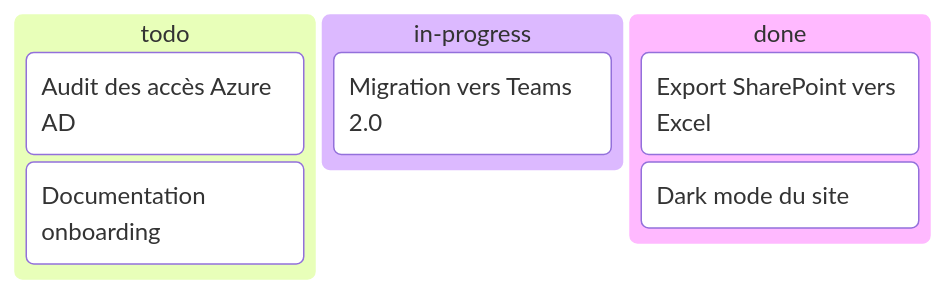
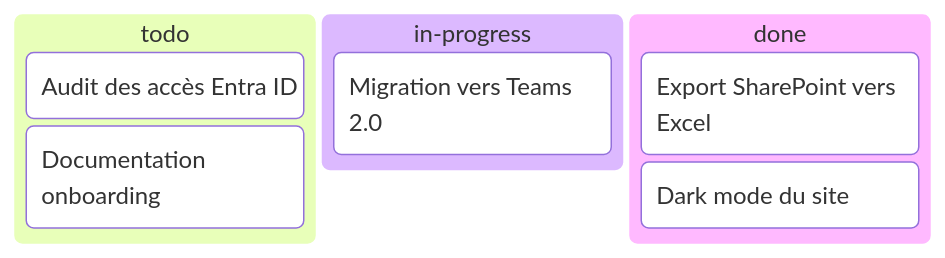
The eighth of 11 diagrams in _posts/2026-04-04-presentation-mermaid.md (Arnaud-Ferriere/SurLesNuages), drawn with Mermaid before and after one commit. The commit also changed other lines of this file, not shown here.

First line of the commit message:
Article: 2026-04-04 20:30:37 M _posts/2026-04-04-presentation-mermaid.md

````diff
--- a/_posts/2026-04-04-presentation-mermaid.md
+++ b/_posts/2026-04-04-presentation-mermaid.md
@@ -282,11 +282,11 @@
 ```mermaid
 kanban
   todo
-    Audit des acces["Audit des accès Azure AD"]
+    Audit des acces["Audit des accès Entra ID"]
     Doc onboarding["Documentation onboarding"]
   in-progress
     Migration Teams["Migration vers Teams 2.0"]
   done
     Export SharePoint["Export SharePoint vers Excel"]
     Dark mode["Dark mode du site"]
 ```
````
